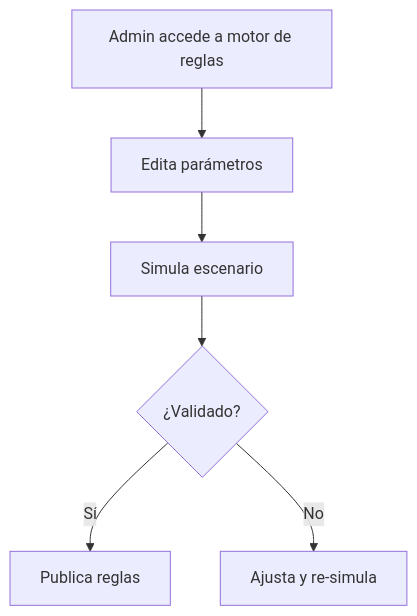
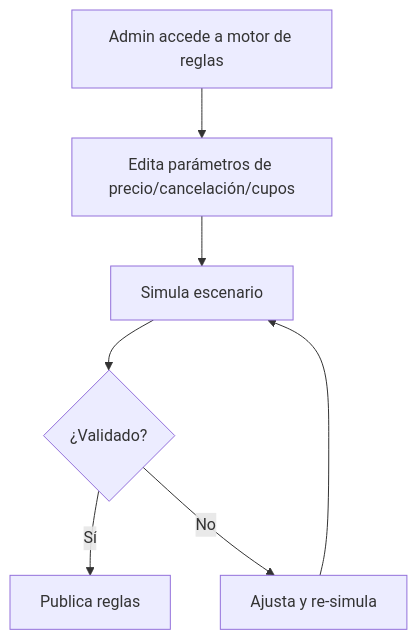
The tenth of 10 diagrams in docs/docs/tecnico/referencia/mapa-flujos-usuario.md (Amospad/Locify), drawn with Mermaid before and after one commit. The commit also changed other lines of this file and 1 other file, not shown here.

Commit message:
docs(tecnico): completa mapa de 10 flujos de usuario con diagramas Mermaid

````diff
--- a/docs/docs/tecnico/referencia/mapa-flujos-usuario.md
+++ b/docs/docs/tecnico/referencia/mapa-flujos-usuario.md
@@ -136,8 +150,9 @@
 ```mermaid
 flowchart TD
-    A[Admin accede a motor de reglas] --> B[Edita parámetros]
+    A[Admin accede a motor de reglas] --> B[Edita parámetros de precio/cancelación/cupos]
     B --> C[Simula escenario]
     C --> D{¿Validado?}
     D -->|Sí| E[Publica reglas]
     D -->|No| F[Ajusta y re-simula]
+    F --> C
 ```
````
